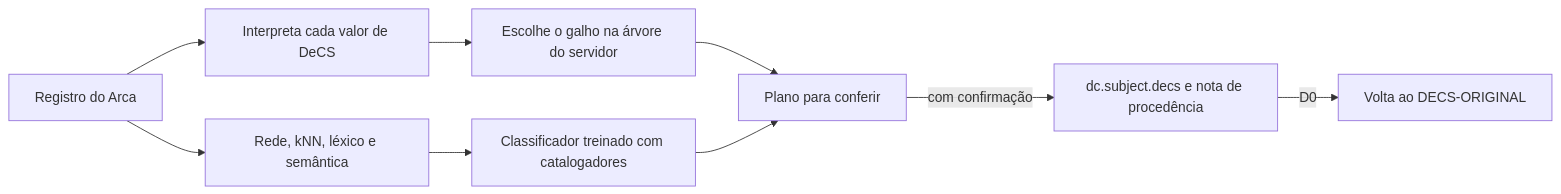
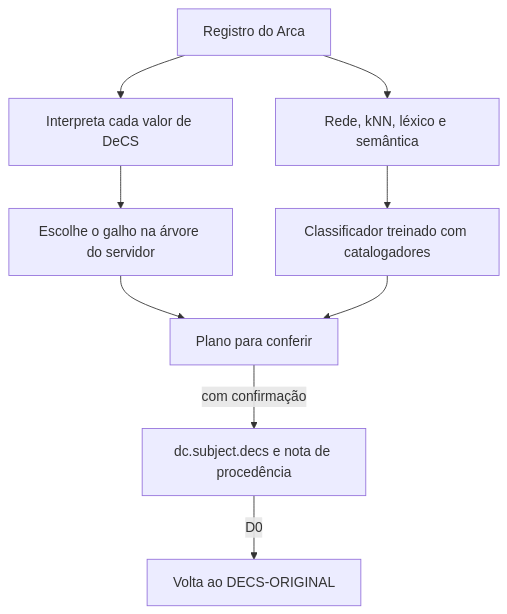
The diagram in README.md (XbelchiorX/Arca-DeCS), drawn with Mermaid before and after one commit.

Commit message:
README: diagrama na vertical, para ficar legivel

````diff
--- a/README.md
+++ b/README.md
@@ -26,11 +26,11 @@
 ```mermaid
-flowchart LR
+flowchart TD
     A[Registro do Arca] --> B[Interpreta cada valor de DeCS]
     B --> C[Escolhe o galho na árvore do servidor]
     A --> D[Rede, kNN, léxico e semântica]
     D --> E[Classificador treinado com catalogadores]
     C --> F[Plano para conferir]
     E --> F
     F -->|com confirmação| G[dc.subject.decs e nota de procedência]
     G -->|D0| H[Volta ao DECS-ORIGINAL]
 ```
````
